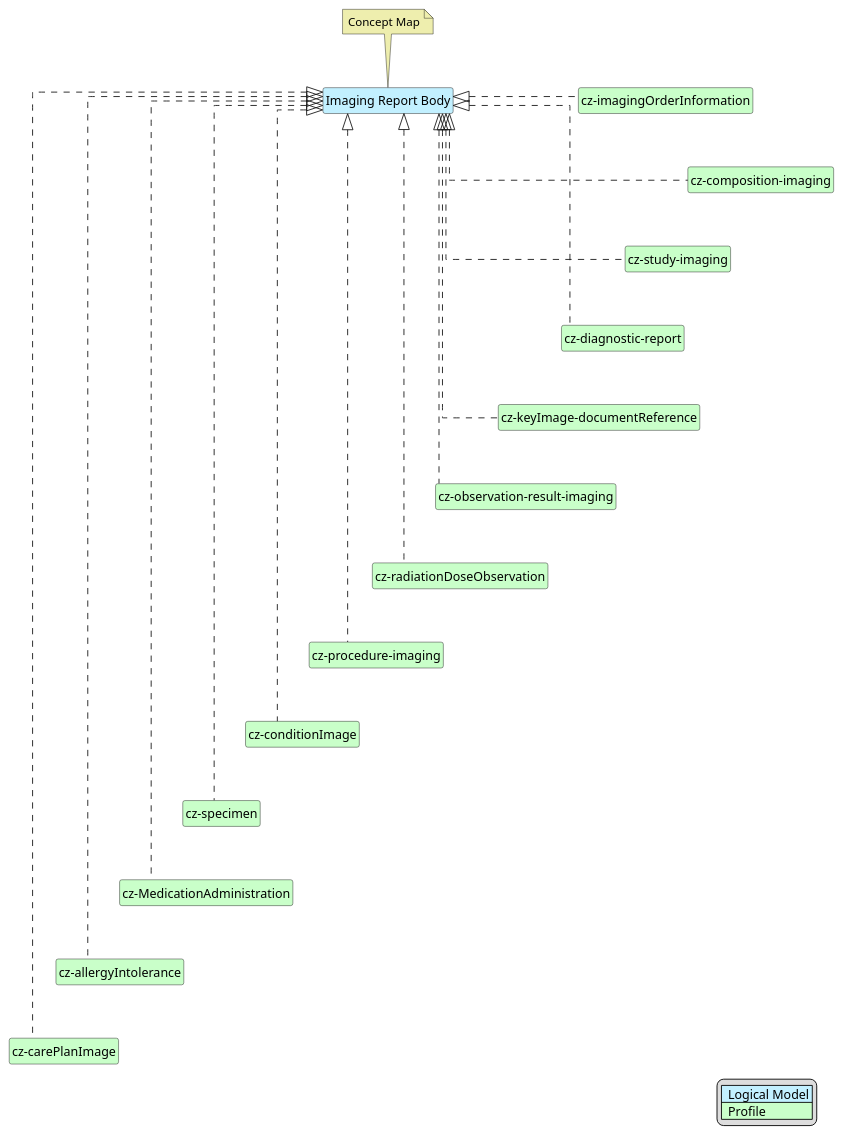
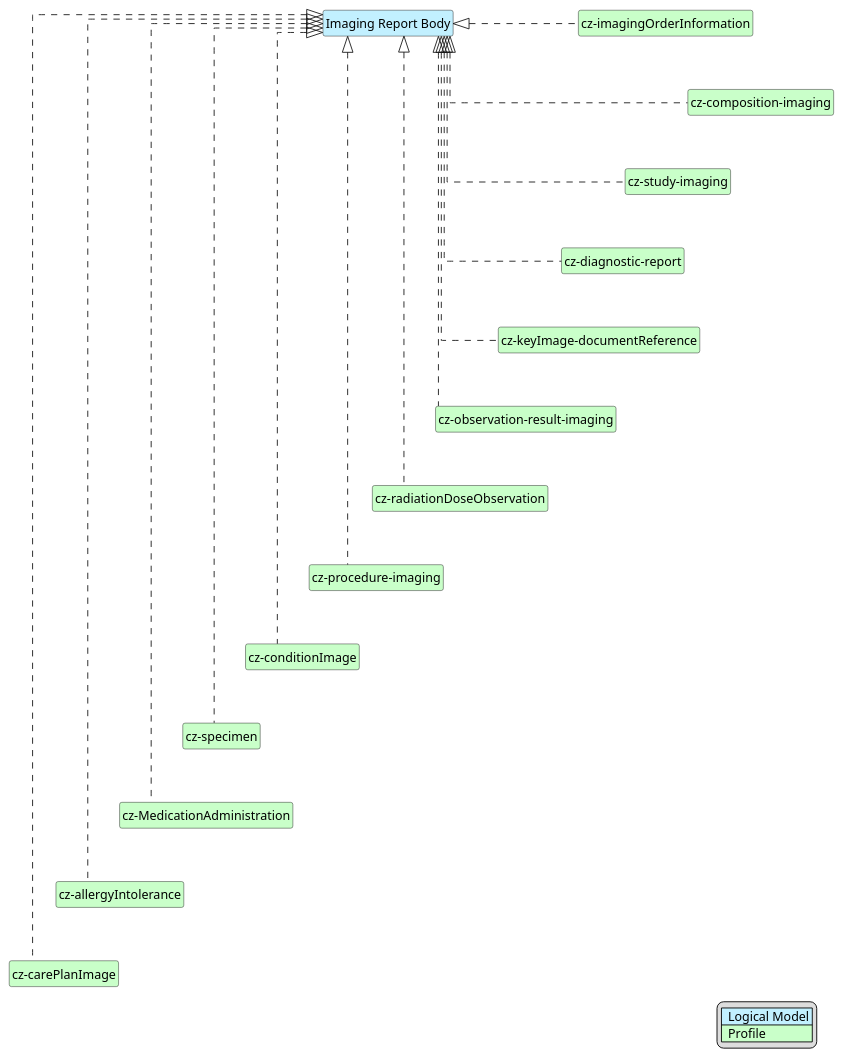
The diagram in input/images-source/imgReportBody-map.plantuml (HL7-cz/img), drawn with PlantUML before and after one commit. The commit also changed 20 other files, not shown here.

Commit message:
delete concept maps and correction of diagnostic report according to change in eu standard

```diff
--- a/input/images-source/imgReportBody-map.plantuml
+++ b/input/images-source/imgReportBody-map.plantuml
@@ -1,82 +1,79 @@
 @startuml
 hide circle
 hide stereotype
 hide members
 hide methods
 skinparam linetype ortho
 skinparam class {
 BackgroundColor<<LogicalModel>> #APPLICATION
 BackgroundColor<<Profile>> #TECHNOLOGY
 }
 legend right
 | <#APPLICATION>  Logical Model |
 | <#TECHNOLOGY>  Profile |
 endlegend
 class "Imaging Report Body" <<LogicalModel>> [[StructureDefinition-BodyImagingReportCz.html]]
-note top #EEEEAE [[ConceptMap-BodyImagingReport2FHIR-cz.html]]
-Concept Map
-endnote
 
 class "cz-composition-imaging" <<Profile>> [[StructureDefinition-cz-composition-imaging.html]]
 class "cz-imagingOrderInformation" <<Profile>> [[StructureDefinition-cz-imagingOrderInformation.html]]
 class "cz-conditionImage" <<Profile>> [[StructureDefinition-cz-conditionImage.html]]
 class "cz-study-imaging" <<Profile>> [[StructureDefinition-cz-study-imaging.html]]
 class "cz-procedure-imaging" <<Profile>> [[StructureDefinition-cz-procedure-imaging.html]]
 class "cz-diagnostic-report" <<Profile>> [[StructureDefinition-cz-diagnostic-report.html]]
 class "cz-keyImage-documentReference" <<Profile>> [[StructureDefinition-cz-keyImage-documentReference.html]]
 class "cz-observation-result-imaging" <<Profile>> [[StructureDefinition-cz-observation-result-imaging.html]]
 class "cz-radiationDoseObservation" <<Profile>> [[StructureDefinition-cz-radiationDoseObservation.html]]
 'class "cz-coverage" <<Profile>> [[https://build.fhir.org/ig/HL7-cz/cz-core/StructureDefinition-cz-coverage.html]]
 'class "cz-appointment" <<Profile>> [[StructureDefinition-cz-appointment.html]]
 class "cz-specimen" <<Profile>> [[https://build.fhir.org/ig/HL7-cz/cz-core/StructureDefinition-cz-specimen.html]]
 'class "cz-observationImage" <<Profile>> [[StructureDefinition-cz-observationImage.html]]
 'class "cz-bodyweight" <<Profile>> [[StructureDefinition-cz-bodyweight.html]]
 'class "cz-bodyheight" <<Profile>> [[StructureDefinition-cz-bodyheight.html]]
 class "cz-MedicationAdministration" <<Profile>> [[StructureDefinition-cz-MedicationAdministration.html]]
 'class "cz-deviceUseStatement" <<Profile>> [[StructureDefinition-cz-deviceUseStatement.html]]
 class "cz-allergyIntolerance" <<Profile>> [[https://build.fhir.org/ig/HL7-cz/cz-core/StructureDefinition-cz-allergyIntolerance.html]]
 class "cz-carePlanImage" <<Profile>> [[StructureDefinition-cz-carePlanImage.html]]
 
 "Imaging Report Body" <|. "cz-imagingOrderInformation"
 "Imaging Report Body" <|. "cz-composition-imaging"
 "Imaging Report Body" <|. "cz-study-imaging"
 "Imaging Report Body" <|. "cz-procedure-imaging"
 "Imaging Report Body" <|. "cz-diagnostic-report"
 "Imaging Report Body" <|. "cz-keyImage-documentReference"
 "Imaging Report Body" <|. "cz-observation-result-imaging"
 "Imaging Report Body" <|. "cz-radiationDoseObservation"
 '"Imaging Report Body" <|. "cz-appointment"
 '"Imaging Report Body" <|. "cz-coverage"
 "Imaging Report Body" <|. "cz-conditionImage"
 "Imaging Report Body" <|. "cz-specimen"
 '"Imaging Report Body" <|. "cz-observationImage"
 '"Imaging Report Body" <|. "cz-bodyweight"
 '"Imaging Report Body" <|. "cz-bodyheight"
 "Imaging Report Body" <|. "cz-MedicationAdministration"
 '"Imaging Report Body" <|. "cz-deviceUseStatement"
 "Imaging Report Body" <|. "cz-allergyIntolerance"
 "Imaging Report Body" <|. "cz-carePlanImage"
 
 "cz-imagingOrderInformation" -d[hidden]-> "cz-composition-imaging"
 "cz-composition-imaging" -d[hidden]-> "cz-study-imaging"
 "cz-study-imaging" -d[hidden]-> "cz-diagnostic-report"
 "cz-diagnostic-report" -d[hidden]-> "cz-keyImage-documentReference"
 "cz-keyImage-documentReference" -d[hidden]-> "cz-observation-result-imaging"
 "cz-observation-result-imaging" -d[hidden]-> "cz-radiationDoseObservation"
 "cz-radiationDoseObservation" -d[hidden]-> "cz-procedure-imaging"
 "cz-procedure-imaging" -d[hidden]-> "cz-conditionImage"
 "cz-conditionImage" -d[hidden]-> "cz-specimen"
 '"cz-conditionImage" -d[hidden]-> "cz-appointment"
 '"cz-appointment" -d[hidden]-> "cz-coverage"
 '"cz-coverage" -d[hidden]-> "cz-specimen"
 "cz-specimen" -d[hidden]-> "cz-MedicationAdministration"
 '"cz-specimen" -d[hidden]-> "cz-observationImage"
 '"cz-observationImage" -d[hidden]-> "cz-bodyweight"
 '"cz-bodyweight" -d[hidden]-> "cz-bodyheight"
 '"cz-bodyheight" -d[hidden]-> "cz-MedicationAdministration"
 '"cz-MedicationAdministration" -d[hidden]-> "cz-deviceUseStatement"
 '"cz-deviceUseStatement" -d[hidden]-> "cz-allergyIntolerance"
 "cz-MedicationAdministration" -d[hidden]-> "cz-allergyIntolerance"
 "cz-allergyIntolerance" -d[hidden]-> "cz-carePlanImage"
 
 @enduml
```
